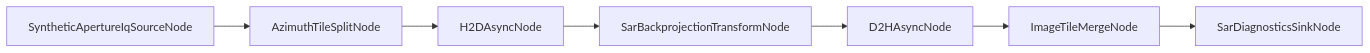
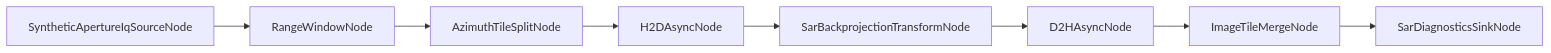
Before and after one commit to rklinkhammer/GraphX: the diagram in examples/SAR/README.md, drawn with Mermaid. The commit also changed other lines of this file and 15 other files, not shown here.

Commit message:
Add SAR range window stage and tile offset support

````diff
--- a/examples/SAR/README.md
+++ b/examples/SAR/README.md
@@ -18,12 +20,13 @@
 ```mermaid
 flowchart LR
    SRC[SyntheticApertureIqSourceNode]
+   WINDOW[RangeWindowNode]
    SPLIT[AzimuthTileSplitNode]
    H2D[H2DAsyncNode]
    BP[SarBackprojectionTransformNode]
    D2H[D2HAsyncNode]
    MERGE[ImageTileMergeNode]
    SINK[SarDiagnosticsSinkNode]
 
-   SRC --> SPLIT --> H2D --> BP --> D2H --> MERGE --> SINK
+   SRC --> WINDOW --> SPLIT --> H2D --> BP --> D2H --> MERGE --> SINK
 ```
````
